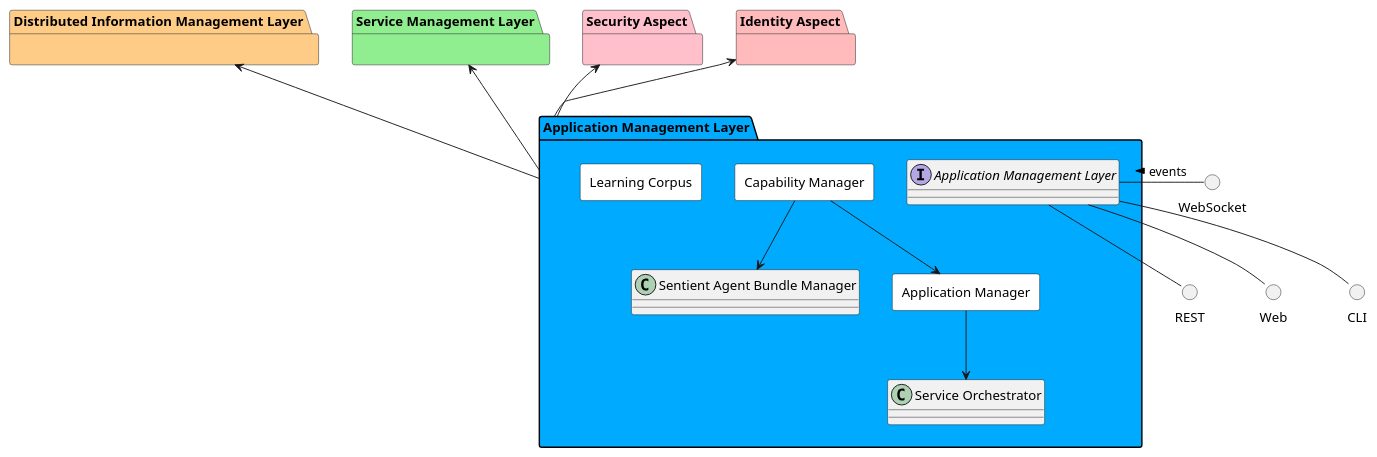
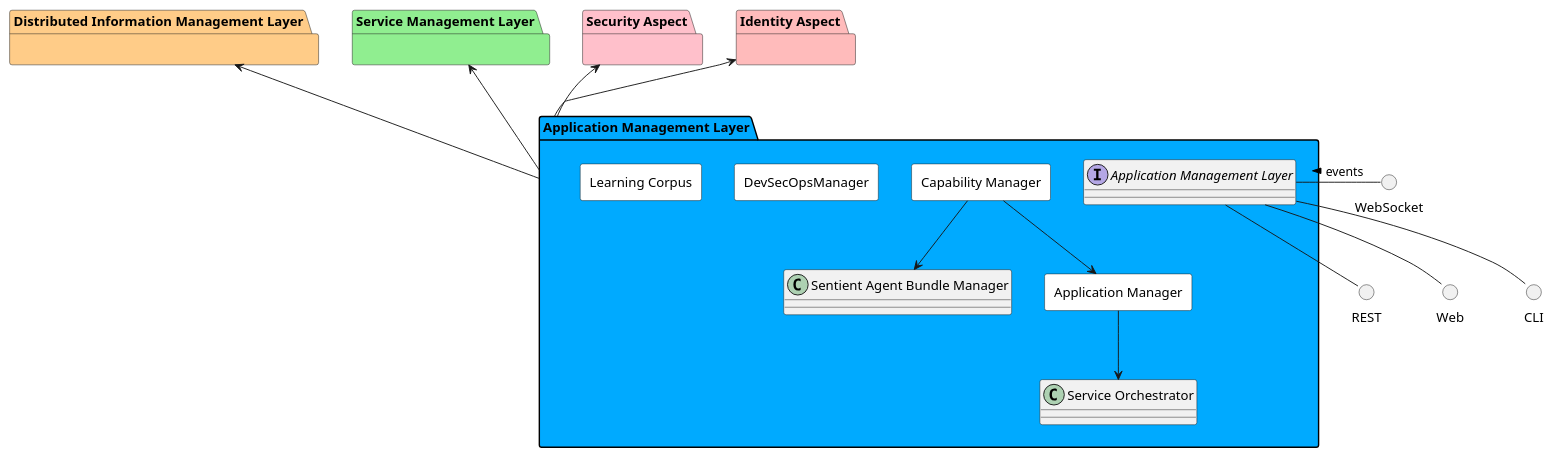
One commit to madajaju/sabr changed the diagram in docs/sabr/aml/subpackage.puml. Above: the diagram before and after it, drawn with PlantUML. The commit also changed 413 other files, not shown here.

```diff
--- a/docs/sabr/aml/subpackage.puml
+++ b/docs/sabr/aml/subpackage.puml
@@ -1,69 +1,72 @@
 @startuml
 
 
 package "Distributed Information Management Layer" #ffcc88 {
 
 }
 
 package "Service Management Layer" #lightgreen {
 
 }
 
 package "Security Aspect" #pink {
 
 }
 
 package "Identity Aspect" #ffbbbb {
 
 }
 
 
 package "Application Management Layer" #00aaff {
 
     interface "Application Management Layer" as i {
     
     
     }
 }
 
 circle REST
 circle Web
 circle CLI
 circle WebSocket
 
 i -down- Web
 i -down- CLI
 i -down- REST
 WebSocket -left- i: events >
 
 package "Application Management Layer" #00aaff {
 
 
 rectangle "Application Manager" #white {
 }
 
 rectangle "Capability Manager" #white {
 }
 
+rectangle "DevSecOpsManager" #white {
+}
+
 rectangle "Learning Corpus" #white {
 }
 
     "Application Manager" --> "Service Orchestrator"
     
     "Capability Manager" --> "Sentient Agent Bundle Manager"
     
     "Capability Manager" --> "Application Manager"
     
 }
 
 
     "Distributed Information Management Layer" <-- "Application Management Layer"
 
     "Service Management Layer" <-- "Application Management Layer"
 
     "Security Aspect" <-- "Application Management Layer"
 
     "Identity Aspect" <-- "Application Management Layer"
 
 
 @enduml
```
